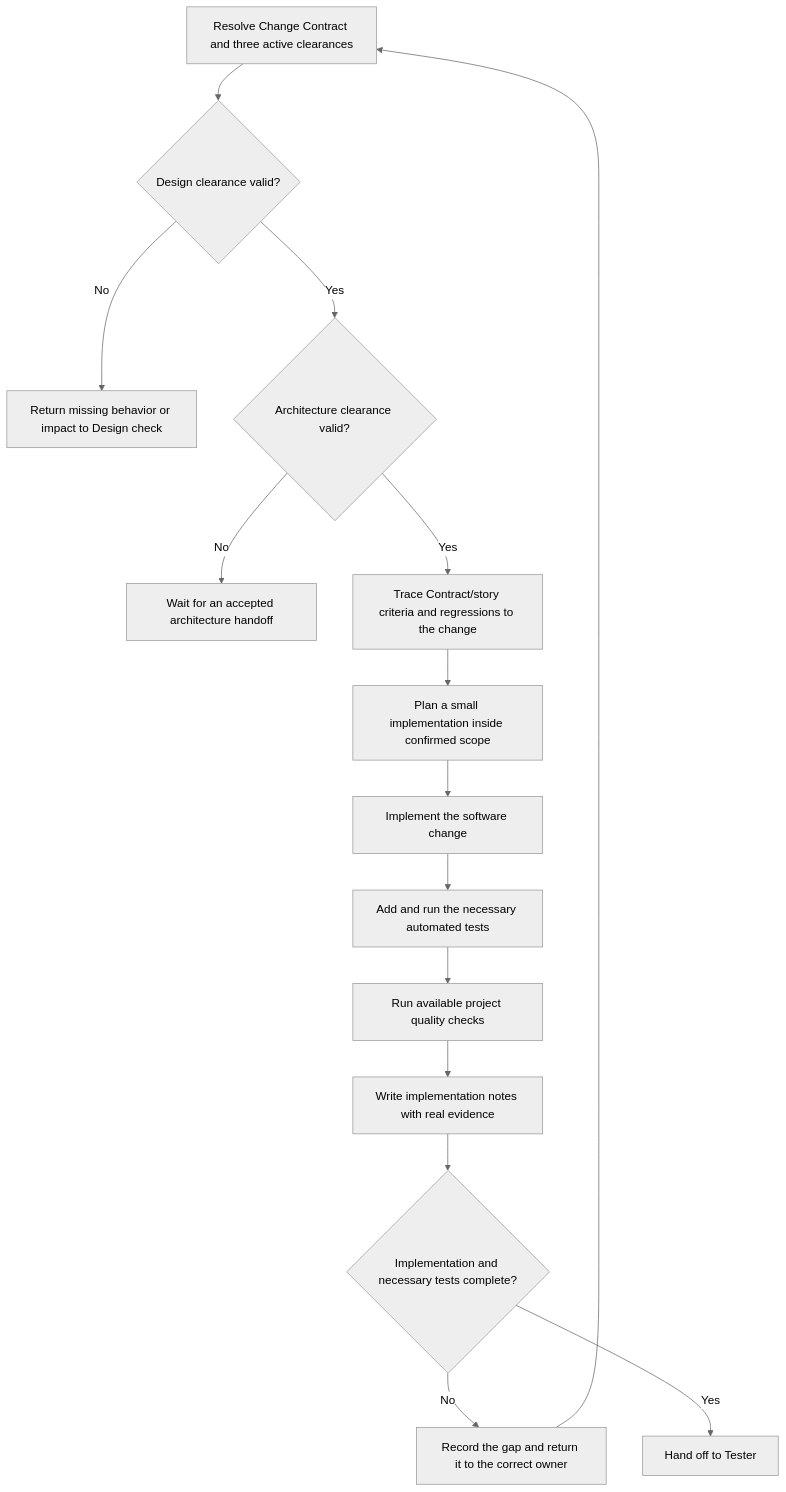
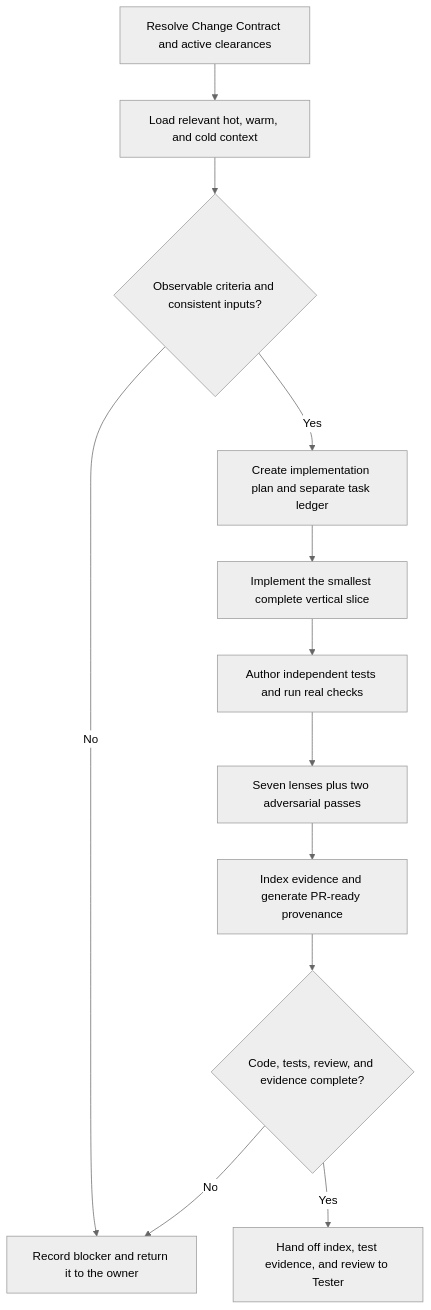
Before and after one commit to davych/agents-instruction: the diagram in guidelines/roles/software-engineer/README.md, drawn with Mermaid (neutral theme). The commit also changed other lines of this file and 148 other files, not shown here.

````diff
--- a/guidelines/roles/software-engineer/README.md
+++ b/guidelines/roles/software-engineer/README.md
@@ -52,17 +140,14 @@
 ```mermaid
 flowchart TD
-  Inputs["Resolve Change Contract and three active clearances"] --> Design{"Design clearance valid?"}
-  Design -->|"No"| ReturnDesign["Return missing behavior or impact to Design check"]
-  Design -->|"Yes"| Architecture{"Architecture clearance valid?"}
-  Architecture -->|"No"| Wait["Wait for an accepted architecture handoff"]
-  Architecture -->|"Yes"| Trace["Trace Contract/story criteria and regressions to the change"]
-  Trace --> Plan["Plan a small implementation inside confirmed scope"]
-  Plan --> Implement["Implement the software change"]
-  Implement --> Tests["Add and run the necessary automated tests"]
-  Tests --> Checks["Run available project quality checks"]
-  Checks --> Notes["Write implementation notes with real evidence"]
-  Notes --> Gate{"Implementation and necessary tests complete?"}
-  Gate -->|"No"| Gap["Record the gap and return it to the correct owner"]
-  Gap --> Inputs
-  Gate -->|"Yes"| Handoff["Hand off to Tester"]
+  Inputs["Resolve Change Contract and active clearances"] --> Context["Load relevant hot, warm, and cold context"]
+  Context --> Implementable{"Observable criteria and consistent inputs?"}
+  Implementable -->|"No"| ReturnGap["Record blocker and return it to the owner"]
+  Implementable -->|"Yes"| Plan["Create implementation plan and separate task ledger"]
+  Plan --> Code["Implement the smallest complete vertical slice"]
+  Code --> Tests["Author independent tests and run real checks"]
+  Tests --> Review["Seven lenses plus two adversarial passes"]
+  Review --> Evidence["Index evidence and generate PR-ready provenance"]
+  Evidence --> Gate{"Code, tests, review, and evidence complete?"}
+  Gate -->|"No"| ReturnGap
+  Gate -->|"Yes"| Handoff["Hand off index, test evidence, and review to Tester"]
 ```
````
